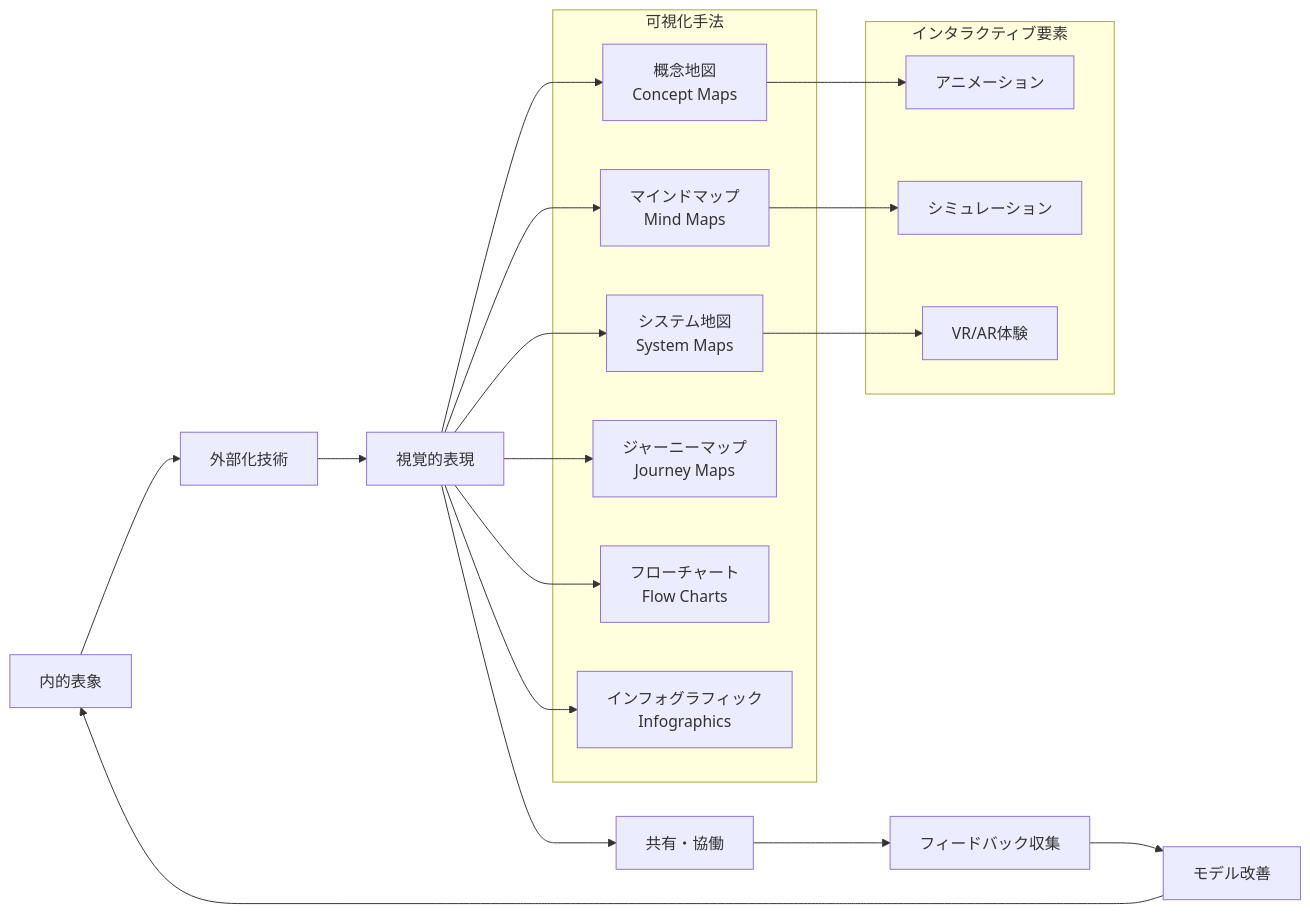
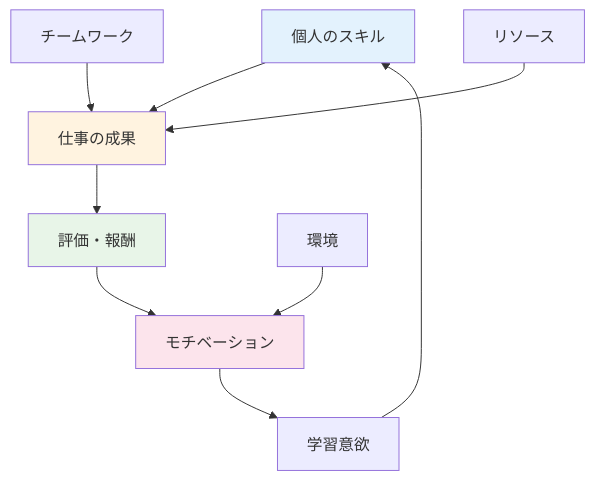
Before and after one commit to SparklingDetergent/doc_genai_mental_model: the ninth of 14 diagrams in README.md, drawn with Mermaid. The commit also changed other lines of this file, not shown here.

````diff
--- a/README.md
+++ b/README.md
@@ -152,41 +239,17 @@
 ```mermaid
-graph LR
-    A[内的表象] --> B[外部化技術]
-    B --> C[視覚的表現]
+graph TD
+    A[個人のスキル] --> B[仕事の成果]
+    B --> C[評価・報酬]
+    C --> D[モチベーション]
+    D --> E[学習意欲]
+    E --> A
     
-    subgraph "可視化手法"
-        D[概念地図<br/>Concept Maps]
-        E[マインドマップ<br/>Mind Maps]
-        F[システム地図<br/>System Maps]
-        G[ジャーニーマップ<br/>Journey Maps]
-        H[フローチャート<br/>Flow Charts]
-        I[インフォグラフィック<br/>Infographics]
-    end
+    F[チームワーク] --> B
+    G[リソース] --> B
+    H[環境] --> D
     
-    C --> D
-    C --> E
-    C --> F
-    C --> G
-    C --> H
-    C --> I
-    
-    subgraph "インタラクティブ要素"
-        J[アニメーション]
-        K[シミュレーション]
-        L[VR/AR体験]
-    end
-    
-    D --> J
-    E --> K
-    F --> L
-    
-    M[共有・協働] --> N[フィードバック収集]
-    N --> O[モデル改善]
-    
-    C --> M
-    O --> A
-    
-    click A "#メンタルモデルの構築"
-    click M "#抽出方法論"
-    click O "#評価フレームワーク"
+    style A fill:#e3f2fd
+    style B fill:#fff3e0
+    style C fill:#e8f5e8
+    style D fill:#fce4ec
 ```
````
